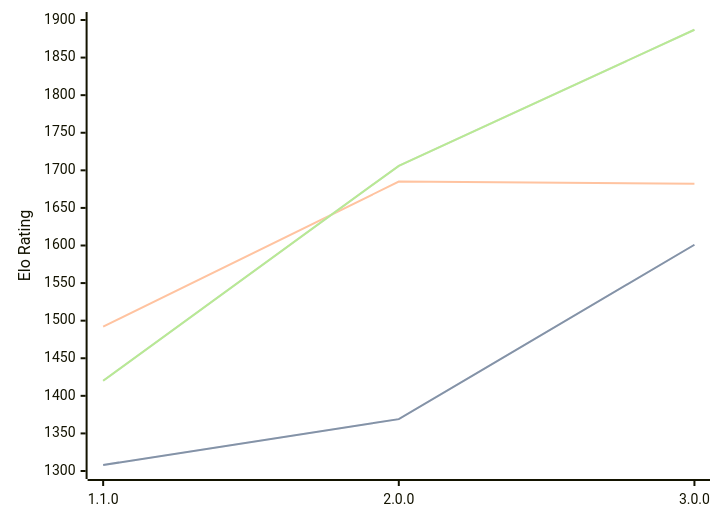
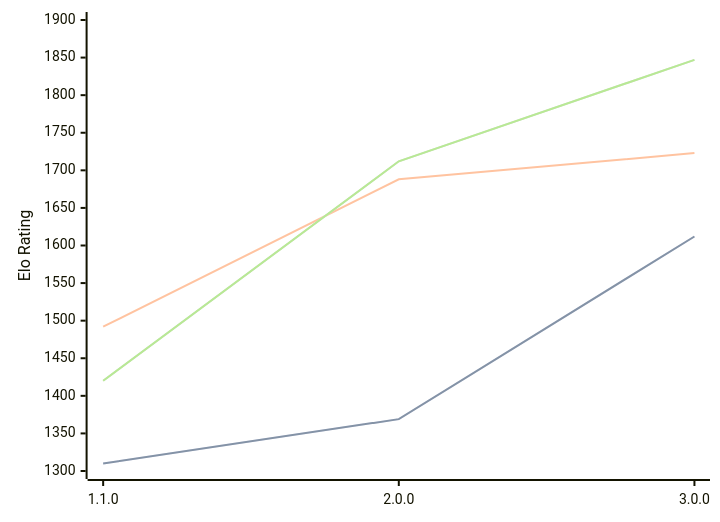
Before and after one commit to computer-chess-index/cci: the diagram in engines/Laura.md, drawn with Mermaid. The commit also changed other lines of this file, not shown here.

Commit message:
Update CCI Ratings (ELO VLTC) - 2026-04-30

````diff
--- a/engines/Laura.md
+++ b/engines/Laura.md
@@ -34,11 +34,11 @@
 ```mermaid
 %%{init: {"theme":"base","themeVariables":{"seriesColors:['#a3a3a3','#222221','#faa371']}}}%%
 xychart-beta
   x-axis ["1.1.0", "2.0.0", "3.0.0"]
   y-axis "Elo Rating" 1300 --> 1900
-  line "STC (8.0+0.08s)" [1308, 1369, 1601]
-  line "STC (8.0+0.08s)" [1308, 1369, 1601]
-  line "LTC (60.0+0.60s)" [1492, 1685, 1682]
-  line "VLTC (2m24s+1.12s)" [1420, 1706, 1887]
-  line "VLTC (2m24s+1.12s)" [1420, 1706, 1887]
+  line "STC (8.0+0.08s)" [1310, 1369, 1612]
+  line "STC (8.0+0.08s)" [1310, 1369, 1612]
+  line "LTC (60.0+0.60s)" [1492, 1688, 1723]
+  line "VLTC (2m24s+1.12s)" [1420, 1712, 1847]
+  line "VLTC (2m24s+1.12s)" [1420, 1712, 1847]
 ```
````
